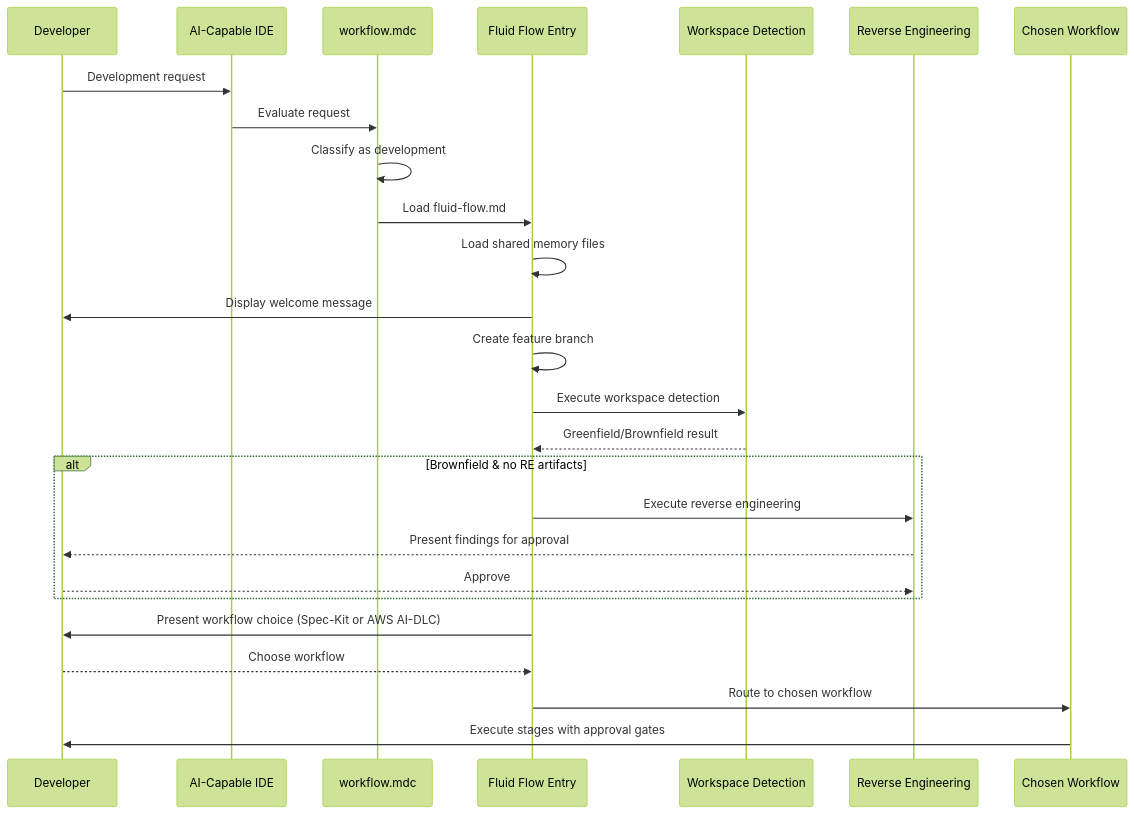
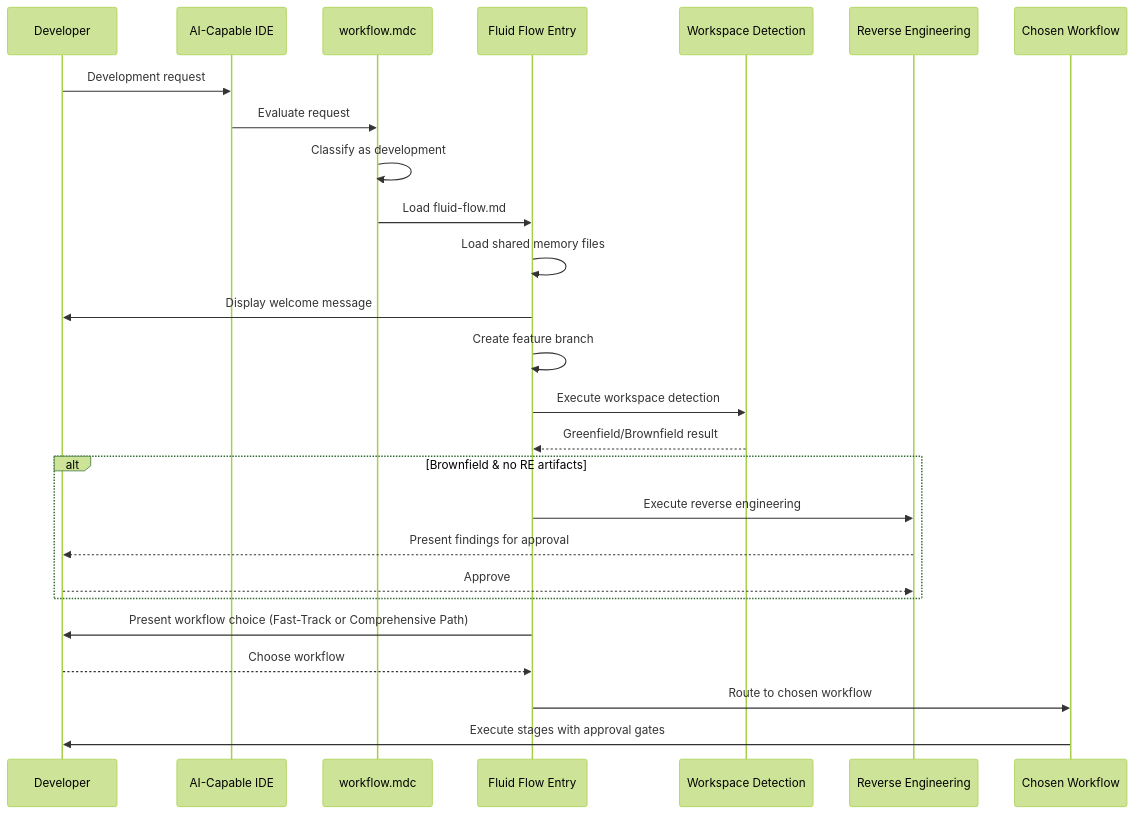
One commit to premkumarjanagarajan/fluid-flow-ai changed the third of 3 diagrams in docs/ARCHITECTURE.md. Above: the diagram before and after it, drawn with Mermaid (forest theme). The commit also changed other lines of this file and 105 other files, not shown here.

````diff
--- a/docs/ARCHITECTURE.md
+++ b/docs/ARCHITECTURE.md
@@ -195,34 +207,34 @@
 ```mermaid
 sequenceDiagram
     participant Dev as Developer
     participant IDE as AI-Capable IDE
     participant Rule as workflow.mdc
     participant FF as Fluid Flow Entry
     participant WD as Workspace Detection
     participant RE as Reverse Engineering
     participant WF as Chosen Workflow
 
     Dev->>IDE: Development request
     IDE->>Rule: Evaluate request
     Rule->>Rule: Classify as development
     Rule->>FF: Load fluid-flow.md
 
     FF->>FF: Load shared memory files
     FF->>Dev: Display welcome message
 
     FF->>FF: Create feature branch
     FF->>WD: Execute workspace detection
     WD-->>FF: Greenfield/Brownfield result
 
     alt Brownfield & no RE artifacts
         FF->>RE: Execute reverse engineering
         RE-->>Dev: Present findings for approval
         Dev-->>RE: Approve
     end
 
-    FF->>Dev: Present workflow choice (Spec-Kit or AWS AI-DLC)
+    FF->>Dev: Present workflow choice (Fast-Track or Comprehensive Path)
     Dev-->>FF: Choose workflow
 
     FF->>WF: Route to chosen workflow
     WF->>Dev: Execute stages with approval gates
 ```
````
